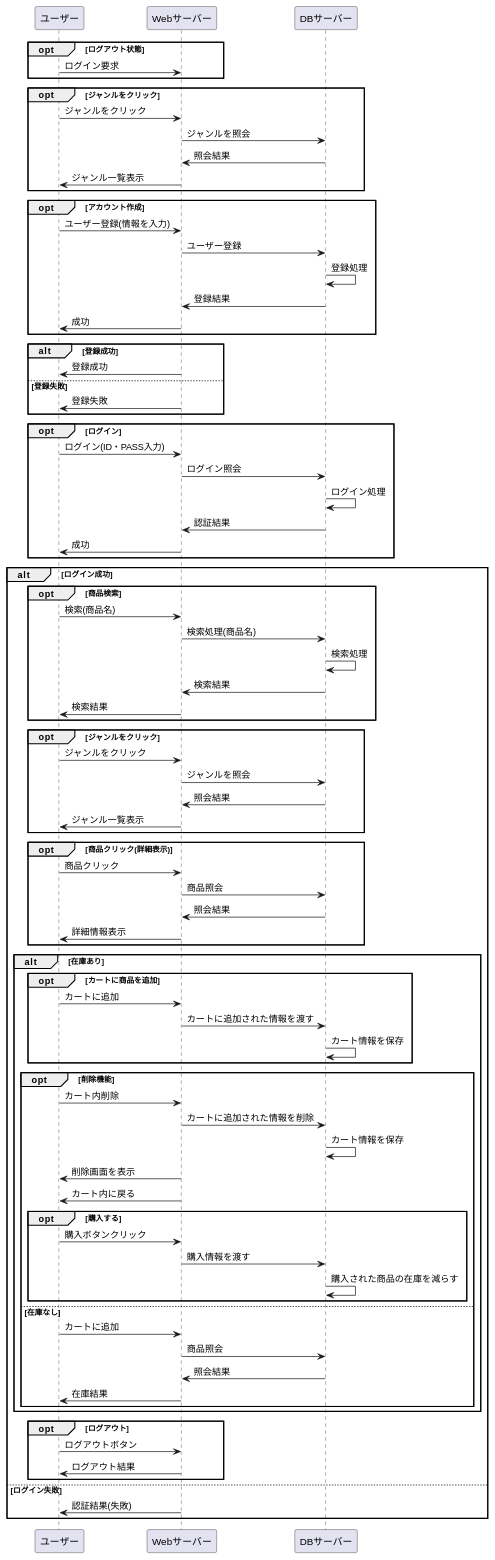
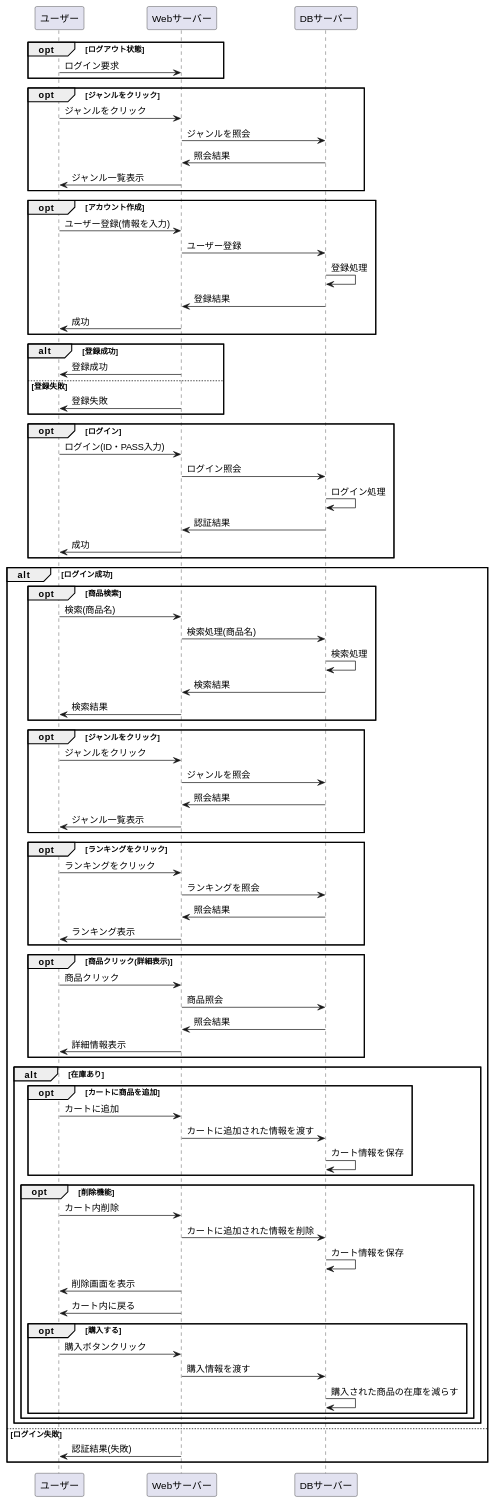
One commit to Aso2001154/2021sys-design changed the diagram in stationary/業務フロー/flow_diagram.md. Above: the diagram before and after it, drawn with PlantUML.

````diff
--- a/stationary/業務フロー/flow_diagram.md
+++ b/stationary/業務フロー/flow_diagram.md
@@ -51,6 +51,13 @@
 Webサーバー -> ユーザー : ジャンル一覧表示
 end
 
+opt ランキングをクリック
+ユーザー -> Webサーバー : ランキングをクリック
+Webサーバー -> DBサーバー : ランキングを照会
+DBサーバー -> Webサーバー : 照会結果
+Webサーバー -> ユーザー : ランキング表示
+end
+
 opt 商品クリック(詳細表示)
 ユーザー -> Webサーバー : 商品クリック
 Webサーバー -> DBサーバー : 商品照会
@@ -78,24 +85,11 @@
 Webサーバー -> DBサーバー : 購入情報を渡す
 DBサーバー -> DBサーバー : 購入された商品の在庫を減らす
 end 
-
-else 在庫なし
-ユーザー -> Webサーバー : カートに追加
-Webサーバー -> DBサーバー : 商品照会
-DBサーバー -> Webサーバー : 照会結果
-Webサーバー -> ユーザー : 在庫結果
 end
-end
-
-opt ログアウト
-ユーザー -> Webサーバー : ログアウトボタン
-Webサーバー -> ユーザー: ログアウト結果
 end
 
 else ログイン失敗
 Webサーバー -> ユーザー : 認証結果(失敗)
 end
-
-
 @enduml
 ```
````
